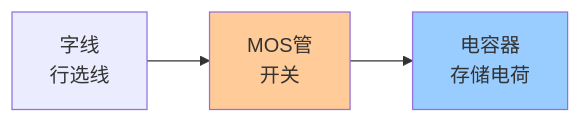
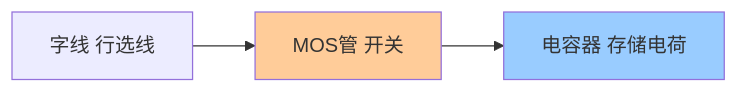
Before and after one commit to gilismael826-lgtm/course: the diagram in 计算机组成原理/notes/章节笔记/第3章-存储系统/第3章-3.3-动态随机存取存储器.md, drawn with Mermaid. The commit also changed other lines of this file and 28 other files, not shown here.

````diff
--- a/计算机组成原理/notes/章节笔记/第3章-存储系统/第3章-3.3-动态随机存取存储器.md
+++ b/计算机组成原理/notes/章节笔记/第3章-存储系统/第3章-3.3-动态随机存取存储器.md
@@ -35,8 +35,8 @@
 ```mermaid
 flowchart LR
-    A[字线<br/>行选线] --> B[MOS管<br/>开关]
-    B --> C[电容器<br/>存储电荷]
+    A[字线 行选线] --> B[MOS管 开关]
+    B --> C[电容器 存储电荷]
     
     style B fill:#ffcc99
     style C fill:#99ccff
 ```
````
